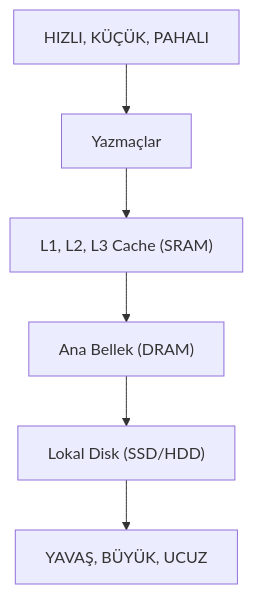
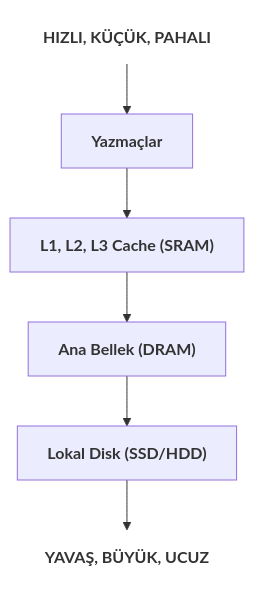
One commit to tozenbilek/tozenbilek.github.io changed the diagram in system-programming/06-bellek-hiyerarsisi-ve-onbellekler.md. Above: the diagram before and after it, drawn with Mermaid.

Commit message:
Refine memory hierarchy diagram in system programming documentation by removing HTML bold tags and restructuring the flow for better clarity. This update emphasizes the cache function of each memory layer, enhancing the educational experience for readers.

````diff
--- a/system-programming/06-bellek-hiyerarsisi-ve-onbellekler.md
+++ b/system-programming/06-bellek-hiyerarsisi-ve-onbellekler.md
@@ -18,15 +18,17 @@
 ```mermaid
 graph TD
-    A["HIZLI, KÜÇÜK, PAHALI"]
+    A["HIZLI, KÜÇÜK, PAHALI"]:::label
     B["Yazmaçlar"]
     C["L1, L2, L3 Cache (SRAM)"]
     D["Ana Bellek (DRAM)"]
     E["Lokal Disk (SSD/HDD)"]
-    F["YAVAŞ, BÜYÜK, UCUZ"]
+    F["YAVAŞ, BÜYÜK, UCUZ"]:::label
 
     A --> B
     B --> C
     C --> D
     D --> E
     E --> F
+
+    classDef label fill:none,stroke:none,font-weight:bold
 ```
````
